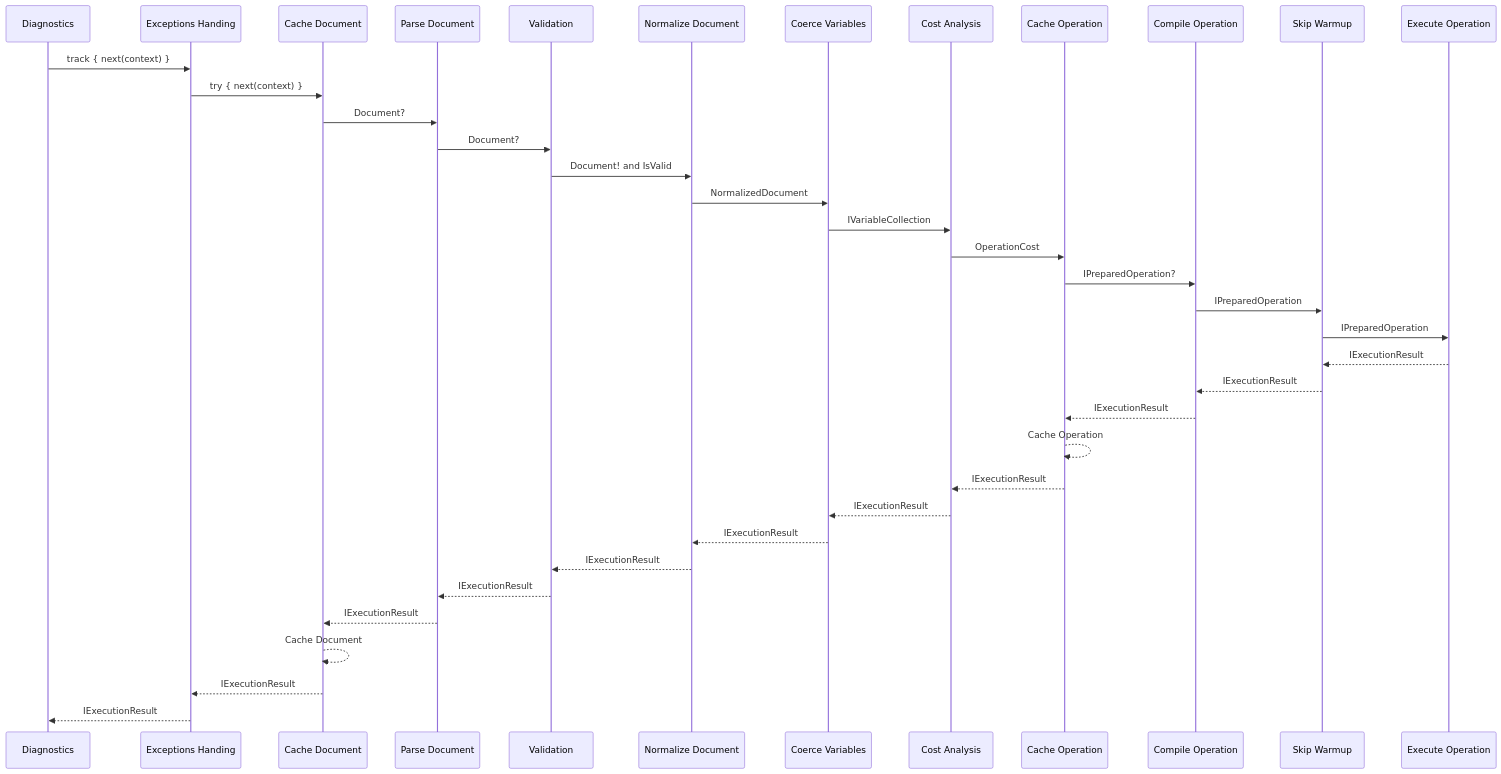
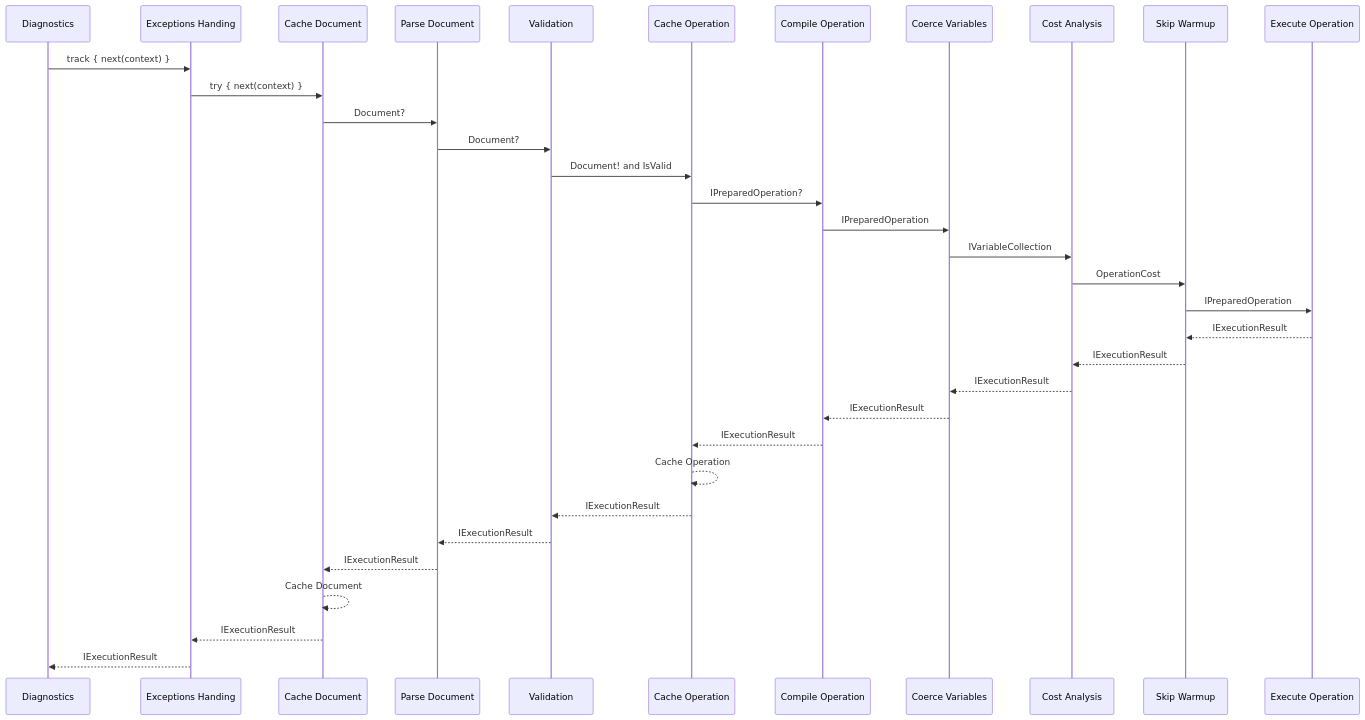
Before and after one commit to ChilliCream/graphql-platform: the first of 2 diagrams in src/HotChocolate/Core/src/Types/Execution/Pipeline/Pipelines.md, drawn with Mermaid. The commit also changed other lines of this file, not shown here.

Commit message:
docs(execution): update the pipeline diagrams to the lazy normalizer order

````diff
--- a/src/HotChocolate/Core/src/Types/Execution/Pipeline/Pipelines.md
+++ b/src/HotChocolate/Core/src/Types/Execution/Pipeline/Pipelines.md
@@ -7,28 +10,26 @@
 ```mermaid
 sequenceDiagram
     Diagnostics->>Exceptions Handing: track { next(context) }
     Exceptions Handing->>Cache Document: try { next(context) }
     Cache Document->>Parse Document: Document?
     Parse Document->>Validation: Document?
-    Validation->>Normalize Document: Document! and IsValid
-    Normalize Document->>Coerce Variables: NormalizedDocument
+    Validation->>Cache Operation: Document! and IsValid
+    Cache Operation->>Compile Operation: IPreparedOperation?
+    Compile Operation->>Coerce Variables: IPreparedOperation
     Coerce Variables->>Cost Analysis: IVariableCollection
-    Cost Analysis->>Cache Operation: OperationCost
-    Cache Operation->>Compile Operation: IPreparedOperation?
-    Compile Operation->>Skip Warmup: IPreparedOperation
+    Cost Analysis->>Skip Warmup: OperationCost
     Skip Warmup->>Execute Operation: IPreparedOperation
 
     Execute Operation-->>Skip Warmup: IExecutionResult
-    Skip Warmup-->>Compile Operation: IExecutionResult
+    Skip Warmup-->>Cost Analysis: IExecutionResult
+    Cost Analysis-->>Coerce Variables: IExecutionResult
+    Coerce Variables-->>Compile Operation: IExecutionResult
     Compile Operation-->>Cache Operation: IExecutionResult
     Cache Operation-->>Cache Operation: Cache Operation
-    Cache Operation-->>Cost Analysis: IExecutionResult
-    Cost Analysis-->>Coerce Variables: IExecutionResult
-    Coerce Variables-->>Normalize Document: IExecutionResult
-    Normalize Document-->>Validation: IExecutionResult
+    Cache Operation-->>Validation: IExecutionResult
     Validation-->>Parse Document: IExecutionResult
     Parse Document-->>Cache Document: IExecutionResult
     Cache Document-->>Cache Document: Cache Document
     Cache Document-->>Exceptions Handing: IExecutionResult
     Exceptions Handing-->>Diagnostics: IExecutionResult
 ```
````
